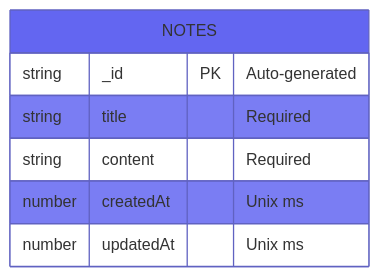
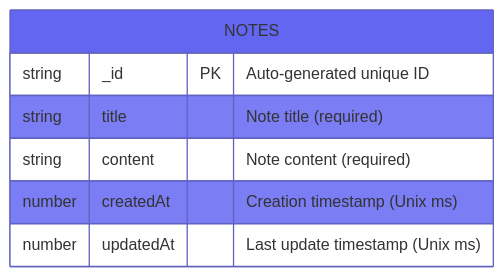
One commit to sabry-awad97/convex-notes changed the fifth of 5 diagrams in README.md. Above: the diagram before and after it, drawn with Mermaid. The commit also changed other lines of this file and 32 other files, not shown here.

````diff
--- a/README.md
+++ b/README.md
@@ -405,12 +415,12 @@
 ```mermaid
 %%{init: {'theme': 'base', 'themeVariables': { 'primaryColor': '#6366f1' }}}%%
 
 erDiagram
     NOTES {
-        string _id PK "Auto-generated"
-        string title "Required"
-        string content "Required"
-        number createdAt "Unix ms"
-        number updatedAt "Unix ms"
+        string _id PK "Auto-generated unique ID"
+        string title "Note title (required)"
+        string content "Note content (required)"
+        number createdAt "Creation timestamp (Unix ms)"
+        number updatedAt "Last update timestamp (Unix ms)"
     }
 ```
````
